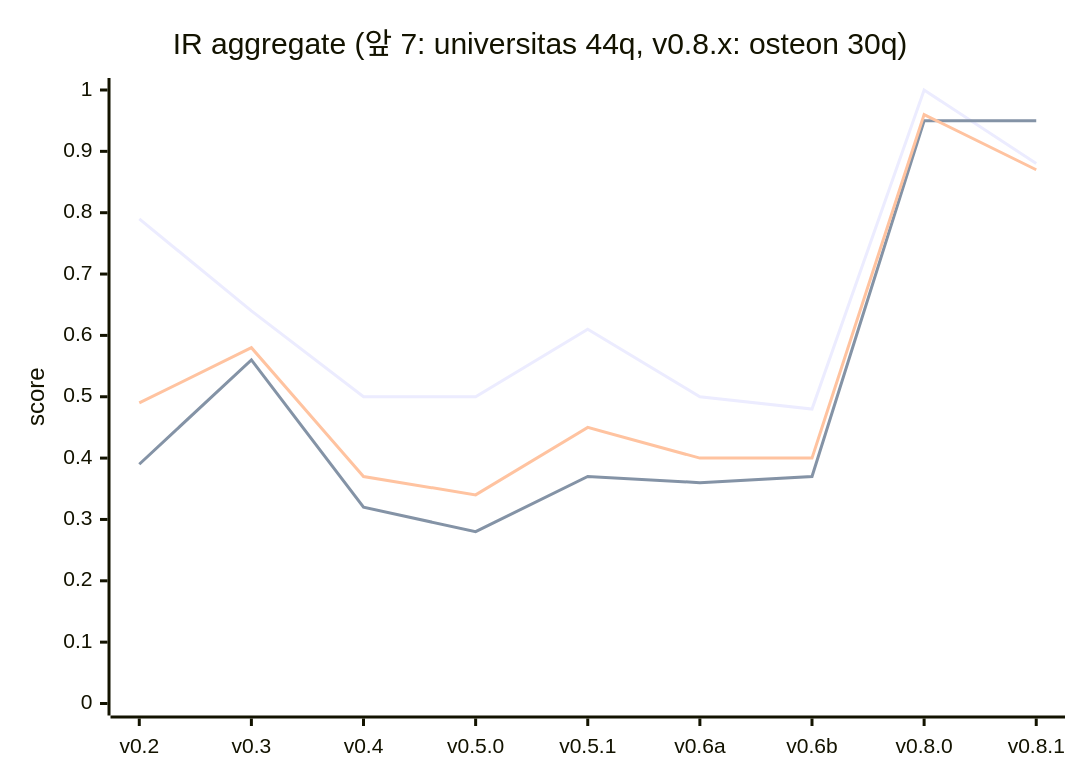
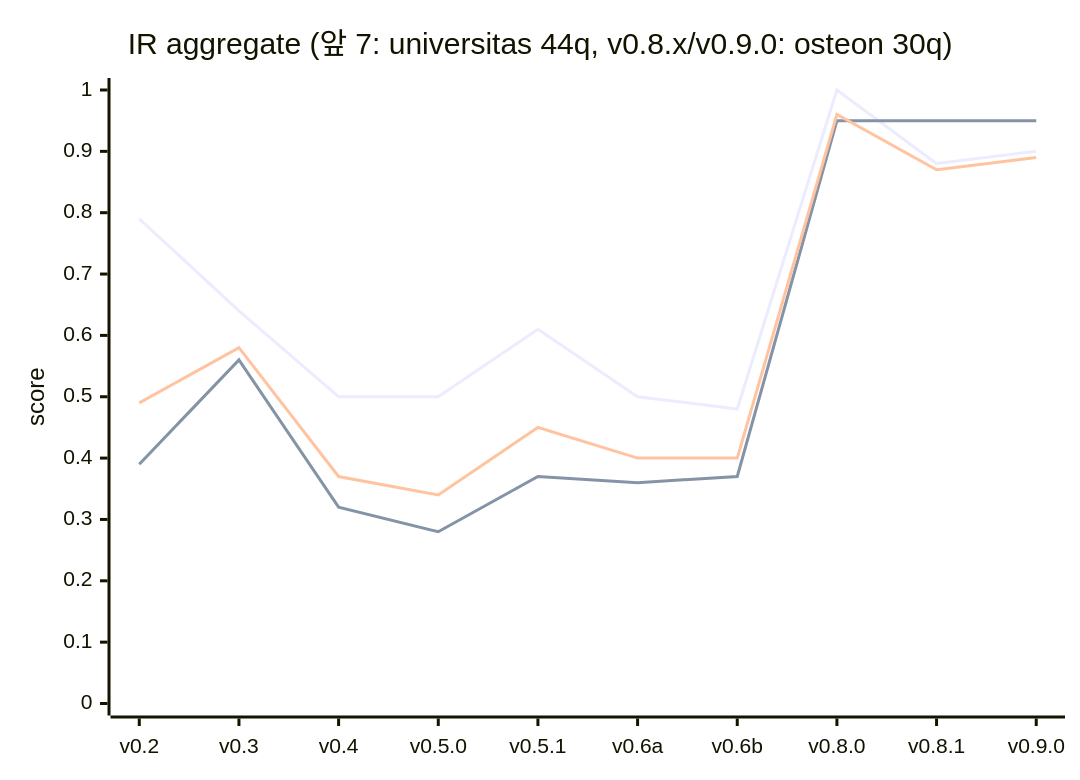
The diagram in doc/rag-test-reports/README.md (tojiuni/gopedia), drawn with Mermaid before and after one commit. The commit also changed other lines of this file and 2 other files, not shown here.

First line of the commit message:
docs(rag): v0.9.0 TypeDB graph_context 활성화 측정 결과 (#40)

````diff
--- a/doc/rag-test-reports/README.md
+++ b/doc/rag-test-reports/README.md
@@ -104,9 +104,9 @@
 ```mermaid
 xychart-beta
-    title "IR aggregate (앞 7: universitas 44q, v0.8.x: osteon 30q)"
-    x-axis [v0.2, v0.3, v0.4, "v0.5.0", "v0.5.1", "v0.6a", "v0.6b", "v0.8.0", "v0.8.1"]
+    title "IR aggregate (앞 7: universitas 44q, v0.8.x/v0.9.0: osteon 30q)"
+    x-axis [v0.2, v0.3, v0.4, "v0.5.0", "v0.5.1", "v0.6a", "v0.6b", "v0.8.0", "v0.8.1", "v0.9.0"]
     y-axis "score" 0.0 --> 1.0
-    line [0.79, 0.64, 0.50, 0.50, 0.61, 0.50, 0.48, 1.00, 0.88]
-    line [0.39, 0.56, 0.32, 0.28, 0.37, 0.36, 0.37, 0.95, 0.95]
-    line [0.49, 0.58, 0.37, 0.34, 0.45, 0.40, 0.40, 0.96, 0.87]
+    line [0.79, 0.64, 0.50, 0.50, 0.61, 0.50, 0.48, 1.00, 0.88, 0.90]
+    line [0.39, 0.56, 0.32, 0.28, 0.37, 0.36, 0.37, 0.95, 0.95, 0.95]
+    line [0.49, 0.58, 0.37, 0.34, 0.45, 0.40, 0.40, 0.96, 0.87, 0.89]
 ```
````
